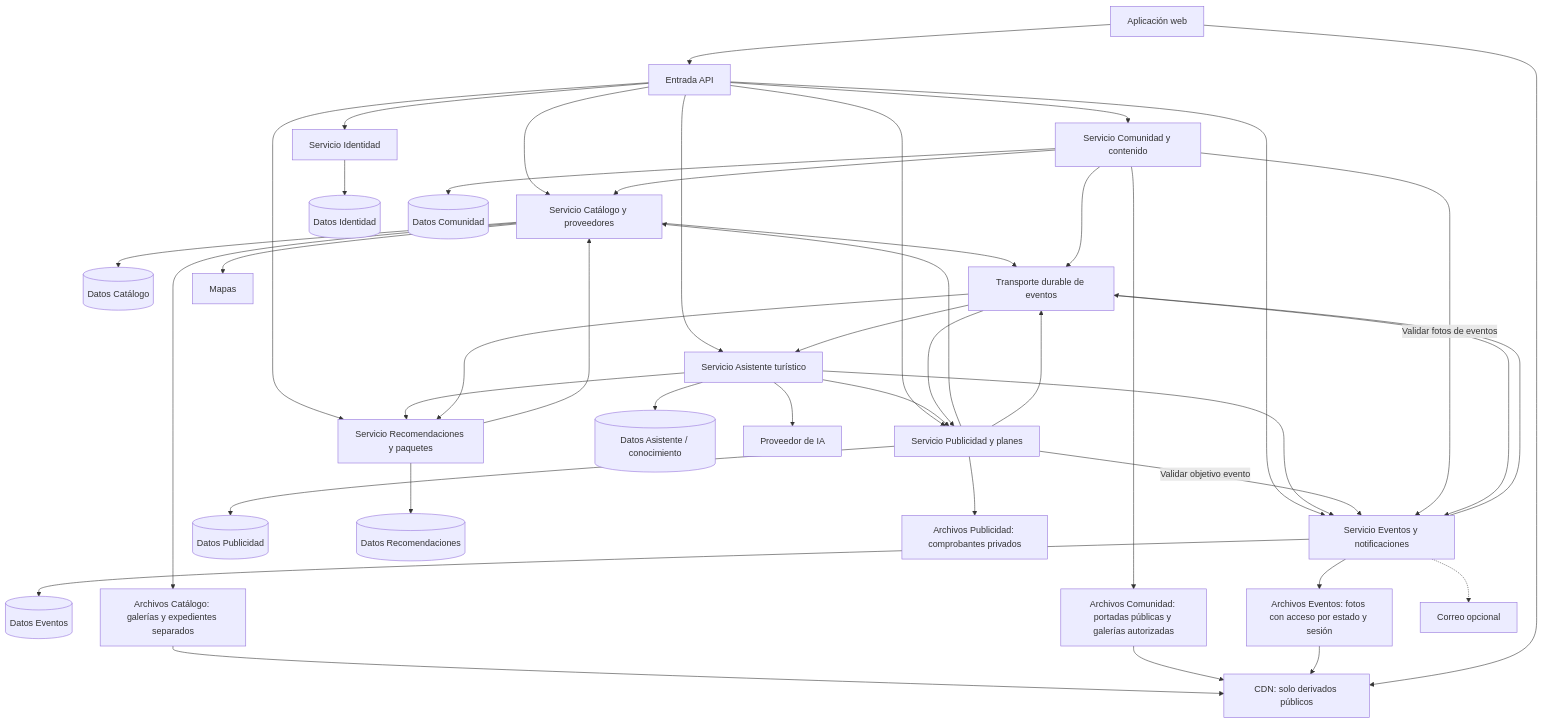
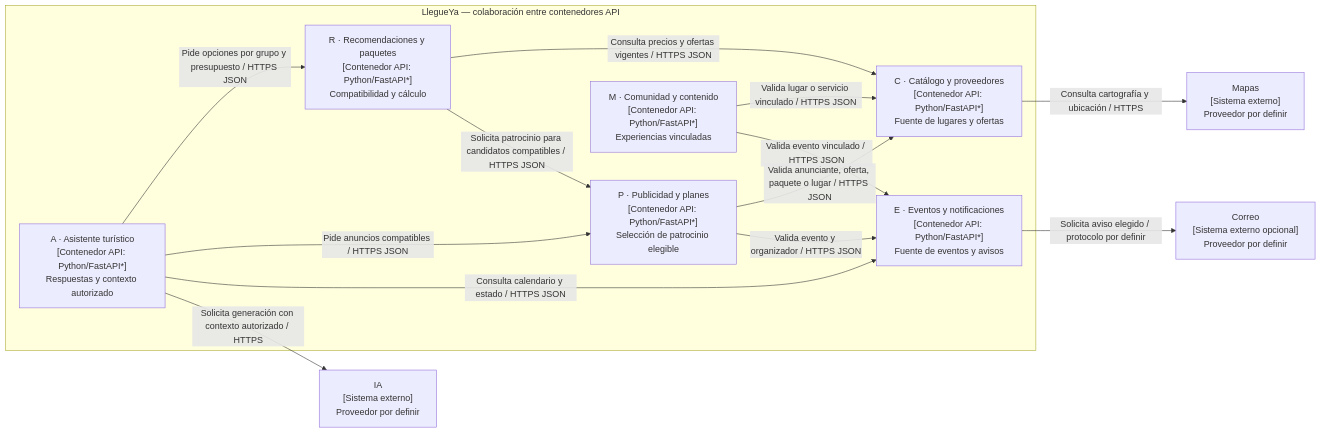
One commit to cristianllallahui27-commits/LlegueYa changed the second of 3 diagrams in modelo-c4/Nivel2-DiagramadeContenedores.md. Above: the diagram before and after it, drawn with Mermaid. The commit also changed other lines of this file and 34 other files, not shown here.

````diff
--- a/modelo-c4/Nivel2-DiagramadeContenedores.md
+++ b/modelo-c4/Nivel2-DiagramadeContenedores.md
@@ -5,45 +82,26 @@
 ```mermaid
-flowchart TB
-    Web["Aplicación web"] --> Gateway["Entrada API"]
-    Gateway --> I["Servicio Identidad"]
-    Gateway --> C["Servicio Catálogo y proveedores"]
-    Gateway --> M["Servicio Comunidad y contenido"]
-    Gateway --> E["Servicio Eventos y notificaciones"]
-    Gateway --> P["Servicio Publicidad y planes"]
-    Gateway --> R["Servicio Recomendaciones y paquetes"]
-    Gateway --> A["Servicio Asistente turístico"]
-    I --> DI[("Datos Identidad")]
-    C --> DC[("Datos Catálogo")]
-    M --> DM[("Datos Comunidad")]
-    E --> DE[("Datos Eventos")]
-    P --> DP[("Datos Publicidad")]
-    R --> DR[("Datos Recomendaciones")]
-    A --> DA[("Datos Asistente / conocimiento")]
-    A --> R
-    A --> P
-    A --> E
-    A --> IA["Proveedor de IA"]
-    R --> C
-    P --> C
-    P -->|Validar objetivo evento| E
-    M --> C
-    M -->|Validar fotos de eventos| E
-    C --> Bus["Transporte durable de eventos"]
-    M --> Bus
-    E --> Bus
-    P --> Bus
-    Bus --> E
-    Bus --> R
-    Bus --> A
-    Bus --> P
-    C --> FC["Archivos Catálogo: galerías y expedientes separados"]
-    M --> FM["Archivos Comunidad: portadas públicas y galerías autorizadas"]
-    E --> FE["Archivos Eventos: fotos con acceso por estado y sesión"]
-    P --> FP["Archivos Publicidad: comprobantes privados"]
-    FC --> CDN["CDN: solo derivados públicos"]
-    FM --> CDN
-    FE --> CDN
-    Web --> CDN
-    C --> Mapas["Mapas"]
-    E -.-> Correo["Correo opcional"]
+flowchart LR
+    subgraph LY["LlegueYa — colaboración entre contenedores API"]
+      A["A · Asistente turístico<br/>[Contenedor API: Python/FastAPI*]<br/>Respuestas y contexto autorizado"]
+      R["R · Recomendaciones y paquetes<br/>[Contenedor API: Python/FastAPI*]<br/>Compatibilidad y cálculo"]
+      P["P · Publicidad y planes<br/>[Contenedor API: Python/FastAPI*]<br/>Selección de patrocinio elegible"]
+      C["C · Catálogo y proveedores<br/>[Contenedor API: Python/FastAPI*]<br/>Fuente de lugares y ofertas"]
+      E["E · Eventos y notificaciones<br/>[Contenedor API: Python/FastAPI*]<br/>Fuente de eventos y avisos"]
+      M["M · Comunidad y contenido<br/>[Contenedor API: Python/FastAPI*]<br/>Experiencias vinculadas"]
+      A -->|"Pide opciones por grupo y presupuesto / HTTPS JSON"| R
+      A -->|"Pide anuncios compatibles / HTTPS JSON"| P
+      A -->|"Consulta calendario y estado / HTTPS JSON"| E
+      R -->|"Consulta precios y ofertas vigentes / HTTPS JSON"| C
+      R -->|"Solicita patrocinio para candidatos compatibles / HTTPS JSON"| P
+      P -->|"Valida anunciante, oferta, paquete o lugar / HTTPS JSON"| C
+      P -->|"Valida evento y organizador / HTTPS JSON"| E
+      M -->|"Valida lugar o servicio vinculado / HTTPS JSON"| C
+      M -->|"Valida evento vinculado / HTTPS JSON"| E
+    end
+    MAP["Mapas<br/>[Sistema externo]<br/>Proveedor por definir"]
+    IA["IA<br/>[Sistema externo]<br/>Proveedor por definir"]
+    MAIL["Correo<br/>[Sistema externo opcional]<br/>Proveedor por definir"]
+    C -->|"Consulta cartografía y ubicación / HTTPS"| MAP
+    A -->|"Solicita generación con contexto autorizado / HTTPS"| IA
+    E -->|"Solicita aviso elegido / protocolo por definir"| MAIL
 ```
````
